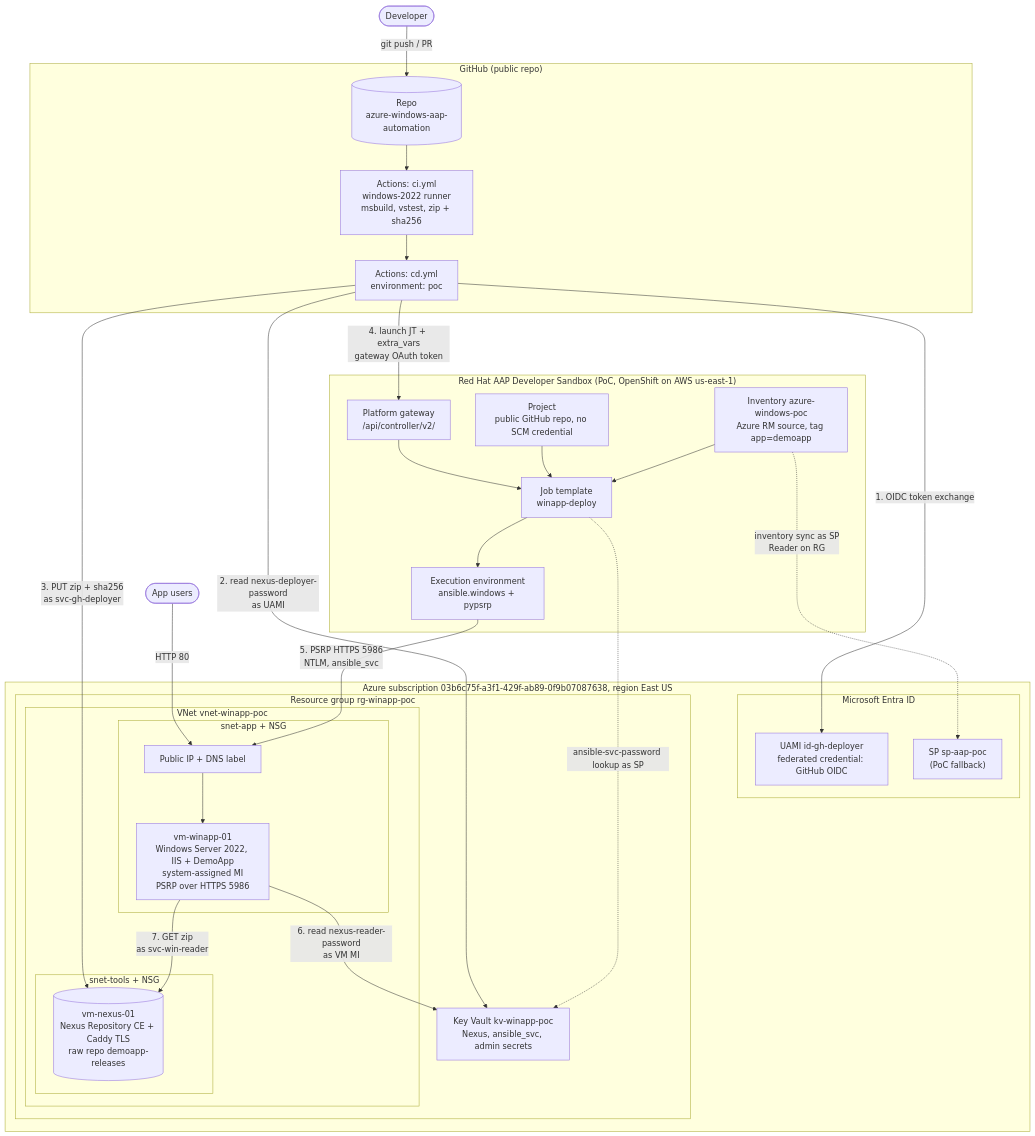
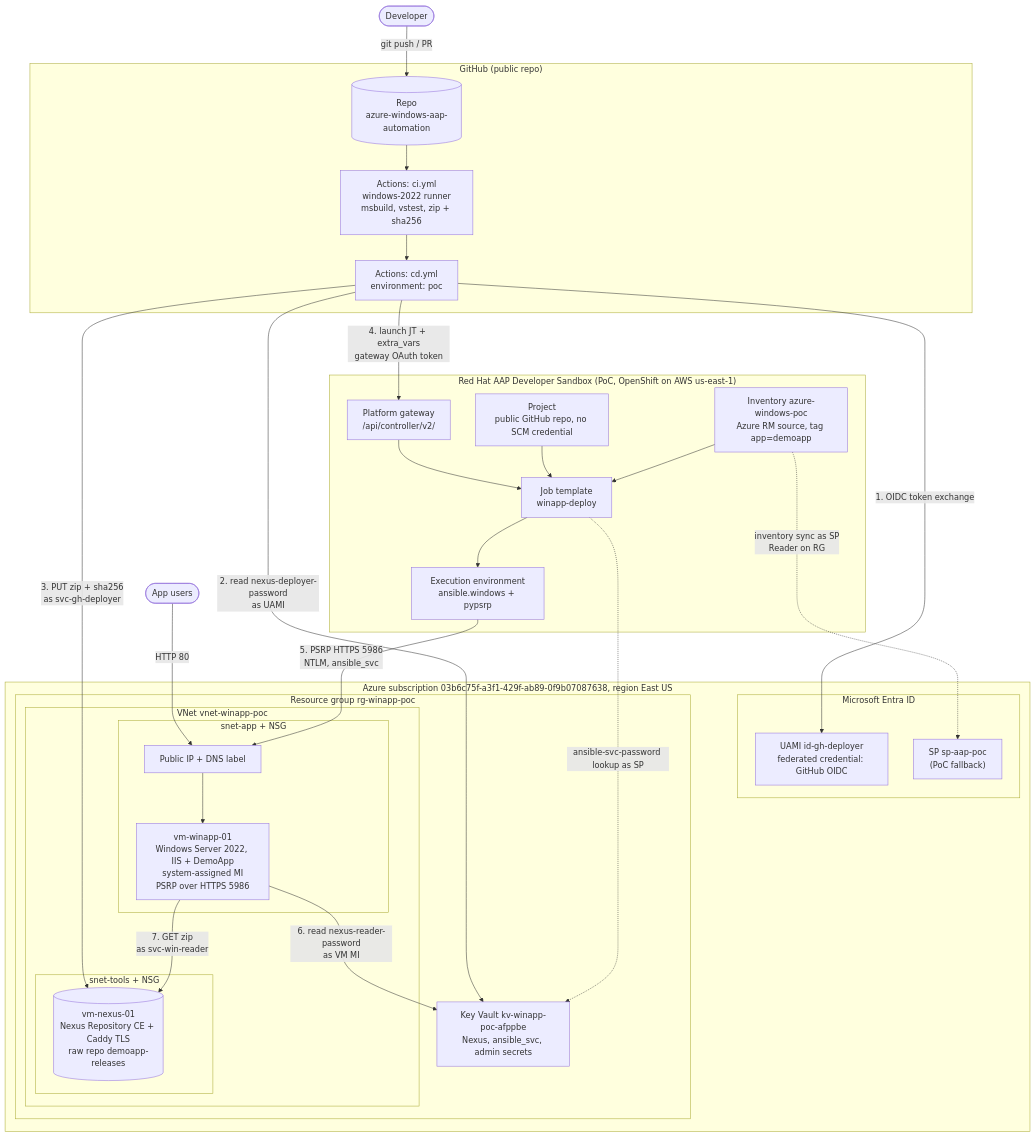
Before and after one commit to vinothtestorg/azure-windows-aap-automation: the diagram in docs/diagrams/01-architecture-poc.mmd, drawn with Mermaid. The commit also changed 6 other files, not shown here.

```diff
--- a/docs/diagrams/01-architecture-poc.mmd
+++ b/docs/diagrams/01-architecture-poc.mmd
@@ -1,50 +1,50 @@
 flowchart TB
   dev(["Developer"]) -->|"git push / PR"| repo
   users(["App users"]) -->|"HTTP 80"| pip
 
   subgraph gh["GitHub (public repo)"]
     repo[("Repo<br/>azure-windows-aap-automation")]
     ci["Actions: ci.yml<br/>windows-2022 runner<br/>msbuild, vstest, zip + sha256"]
     cd["Actions: cd.yml<br/>environment: poc"]
     repo --> ci --> cd
   end
 
   subgraph aap["Red Hat AAP Developer Sandbox (PoC, OpenShift on AWS us-east-1)"]
     api["Platform gateway<br/>/api/controller/v2/"]
     jt["Job template<br/>winapp-deploy"]
     proj["Project<br/>public GitHub repo, no SCM credential"]
     inv["Inventory azure-windows-poc<br/>Azure RM source, tag app=demoapp"]
     ee["Execution environment<br/>ansible.windows + pypsrp"]
     api --> jt --> ee
     proj --> jt
     inv --> jt
   end
 
   subgraph az["Azure subscription 03b6c75f-a3f1-429f-ab89-0f9b07087638, region East US"]
     subgraph entra["Microsoft Entra ID"]
       uami["UAMI id-gh-deployer<br/>federated credential: GitHub OIDC"]
       sp["SP sp-aap-poc<br/>(PoC fallback)"]
     end
     subgraph rg["Resource group rg-winapp-poc"]
-      kv["Key Vault kv-winapp-poc<br/>Nexus, ansible_svc, admin secrets"]
+      kv["Key Vault kv-winapp-poc-afppbe<br/>Nexus, ansible_svc, admin secrets"]
       subgraph vnet["VNet vnet-winapp-poc"]
         subgraph snapp["snet-app + NSG"]
           pip["Public IP + DNS label"]
           vm["vm-winapp-01<br/>Windows Server 2022, IIS + DemoApp<br/>system-assigned MI<br/>PSRP over HTTPS 5986"]
         end
         subgraph sntools["snet-tools + NSG"]
           nexus[("vm-nexus-01<br/>Nexus Repository CE + Caddy TLS<br/>raw repo demoapp-releases")]
         end
       end
     end
   end
 
   cd -->|"1. OIDC token exchange"| uami
   cd -->|"2. read nexus-deployer-password<br/>as UAMI"| kv
   cd -->|"3. PUT zip + sha256<br/>as svc-gh-deployer"| nexus
   cd -->|"4. launch JT + extra_vars<br/>gateway OAuth token"| api
   inv -.->|"inventory sync as SP<br/>Reader on RG"| sp
   jt -.->|"ansible-svc-password lookup as SP"| kv
   ee -->|"5. PSRP HTTPS 5986<br/>NTLM, ansible_svc"| pip --> vm
   vm -->|"6. read nexus-reader-password<br/>as VM MI"| kv
   vm -->|"7. GET zip<br/>as svc-win-reader"| nexus
```
